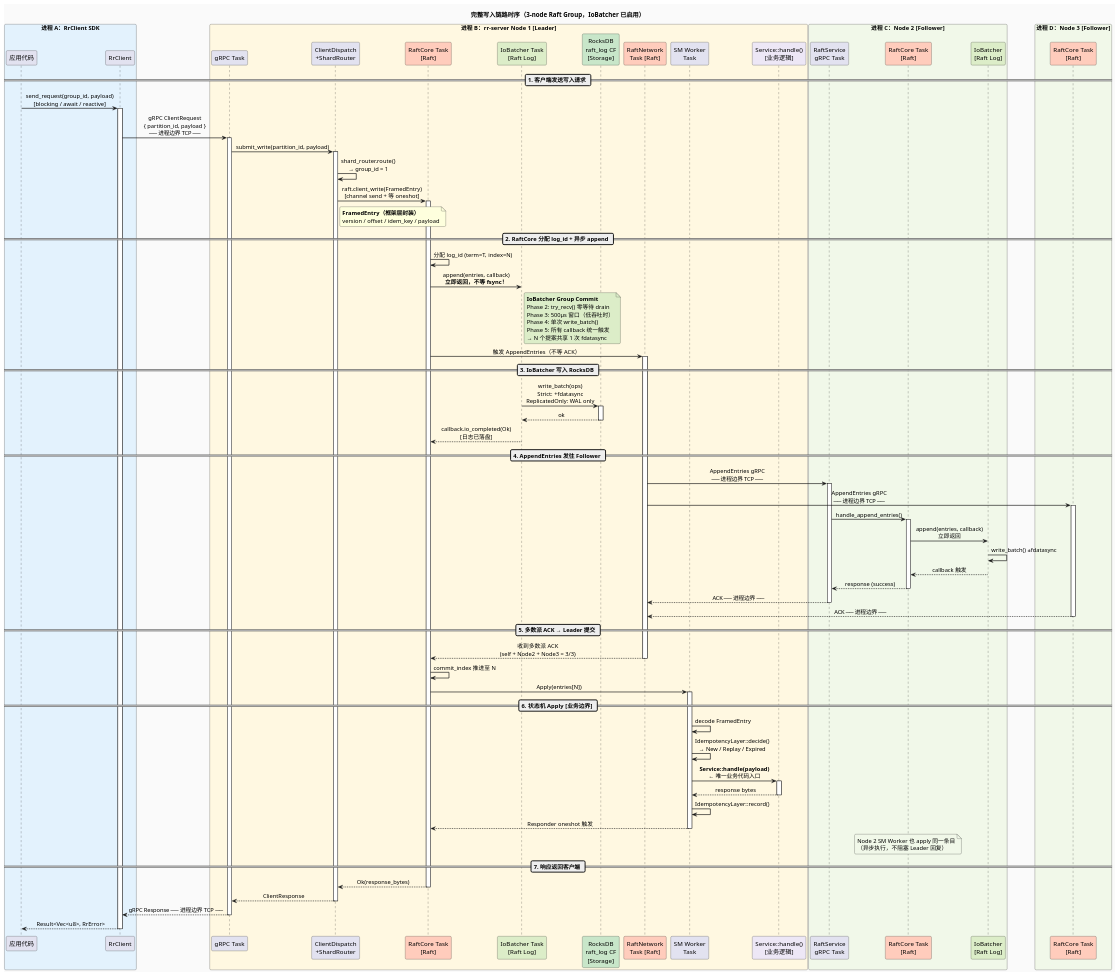
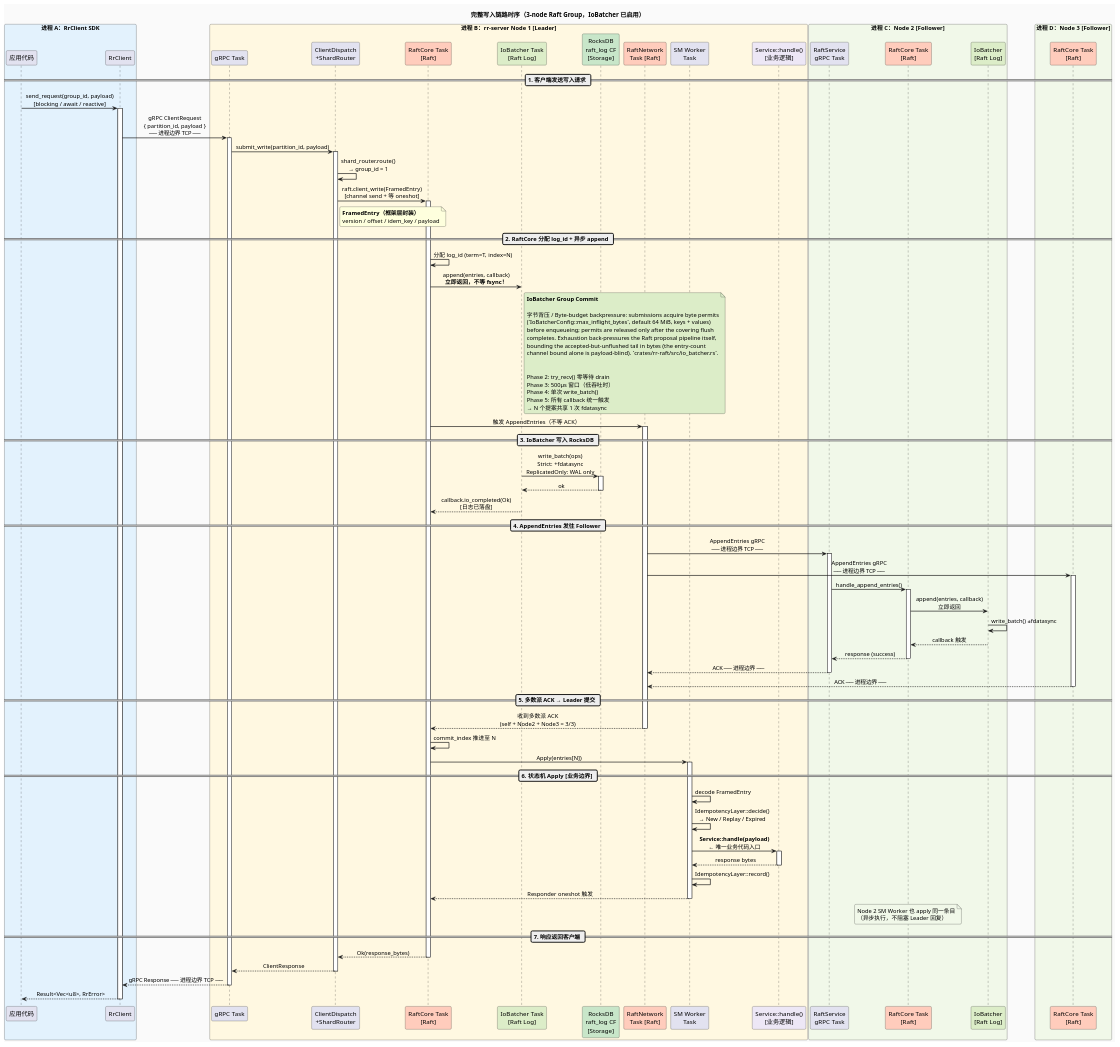
One commit to gardenias/rr changed the second of 2 diagrams in docs/docs/architecture/write-path.md. Above: the diagram before and after it, drawn with PlantUML. The commit also changed 17 other files, not shown here.

```diff
--- a/docs/docs/architecture/write-path.md
+++ b/docs/docs/architecture/write-path.md
@@ -130,6 +130,15 @@
 RaftCore -> Batcher : append(entries, callback)\n**立即返回，不等 fsync！**
 note right of Batcher #DCEDC8
 **IoBatcher Group Commit**
+
+字节背压 / Byte-budget backpressure: submissions acquire byte permits
+(`IoBatcherConfig::max_inflight_bytes`, default 64 MiB, keys + values)
+before enqueueing; permits are released only after the covering flush
+completes. Exhaustion back-pressures the Raft proposal pipeline itself,
+bounding the accepted-but-unflushed tail in bytes (the entry-count
+channel bound alone is payload-blind). `crates/rr-raft/src/io_batcher.rs`.
+
+
 Phase 2: try_recv() 零等待 drain
 Phase 3: 500µs 窗口（低吞吐时）
 Phase 4: 单次 write_batch()
```
